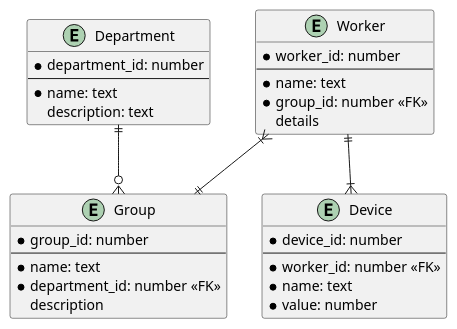
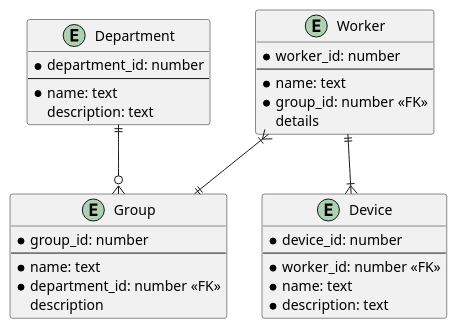
Before and after one commit to feczkob/CompanyDeviceRegister: the diagram in README.md, drawn with PlantUML. The commit also changed 11 other files, not shown here.

````diff
--- a/README.md
+++ b/README.md
@@ -9,39 +9,39 @@
 ```plantuml
 @startuml
 entity Department {
 * department_id: number
 --
 * name: text
 description: text
 }
 
 entity Group {
 * group_id: number
 --
 * name: text
 * department_id: number <<FK>>
 description
 }
 
 entity Worker {
 * worker_id: number
 --
 * name: text
 * group_id: number <<FK>>
 details
 }
 
 entity Device {
 * device_id: number
 --
 * worker_id: number <<FK>>
 * name: text
-* value: number
+* description: text
 }
 
 
 Department ||--o{ Group
 Worker ||--|{ Device
 Worker }|--|| Group
 @enduml
 ```
````
